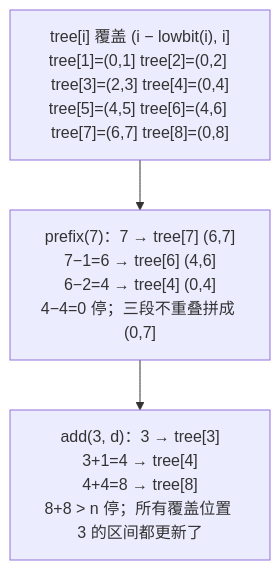
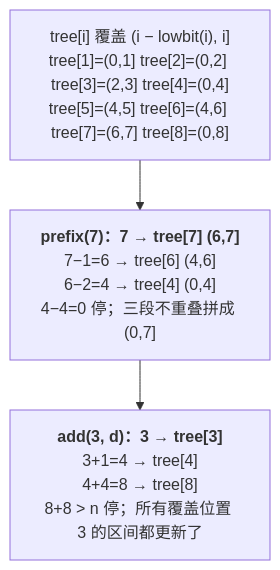
One commit to arganzheng/arganzheng.github.com changed the fifth of 5 diagrams in _posts/2025-12-14-coding-interview-design-problems-lru-lfu-trie.md. Above: the diagram before and after it, drawn with Mermaid. The commit also changed other lines of this file and 12 other files, not shown here.

First line of the commit message:
面试手撕代码：从 LeetCode 中等题到 Transformer 组件：Mermaid 多行方框的首行标为标题（13 篇）

````diff
--- a/_posts/2025-12-14-coding-interview-design-problems-lru-lfu-trie.md
+++ b/_posts/2025-12-14-coding-interview-design-problems-lru-lfu-trie.md
@@ -540,5 +540,5 @@
 ```mermaid
 flowchart TB
-    A["tree[i] 覆盖 (i − lowbit(i), i]<br>tree[1]=(0,1] tree[2]=(0,2] tree[3]=(2,3] tree[4]=(0,4]<br>tree[5]=(4,5] tree[6]=(4,6] tree[7]=(6,7] tree[8]=(0,8]"] --> B["prefix(7)：7 → tree[7] (6,7]<br>7−1=6 → tree[6] (4,6]<br>6−2=4 → tree[4] (0,4]<br>4−4=0 停；三段不重叠拼成 (0,7]"]
-    B --> C["add(3, d)：3 → tree[3]<br>3+1=4 → tree[4]<br>4+4=8 → tree[8]<br>8+8 &gt; n 停；所有覆盖位置 3 的区间都更新了"]
+    A["tree[i] 覆盖 (i − lowbit(i), i]<br>tree[1]=(0,1] tree[2]=(0,2] tree[3]=(2,3] tree[4]=(0,4]<br>tree[5]=(4,5] tree[6]=(4,6] tree[7]=(6,7] tree[8]=(0,8]"] --> B["<b>prefix(7)：7 → tree[7] (6,7]</b><br>7−1=6 → tree[6] (4,6]<br>6−2=4 → tree[4] (0,4]<br>4−4=0 停；三段不重叠拼成 (0,7]"]
+    B --> C["<b>add(3, d)：3 → tree[3]</b><br>3+1=4 → tree[4]<br>4+4=8 → tree[8]<br>8+8 &gt; n 停；所有覆盖位置 3 的区间都更新了"]
 ```
````
